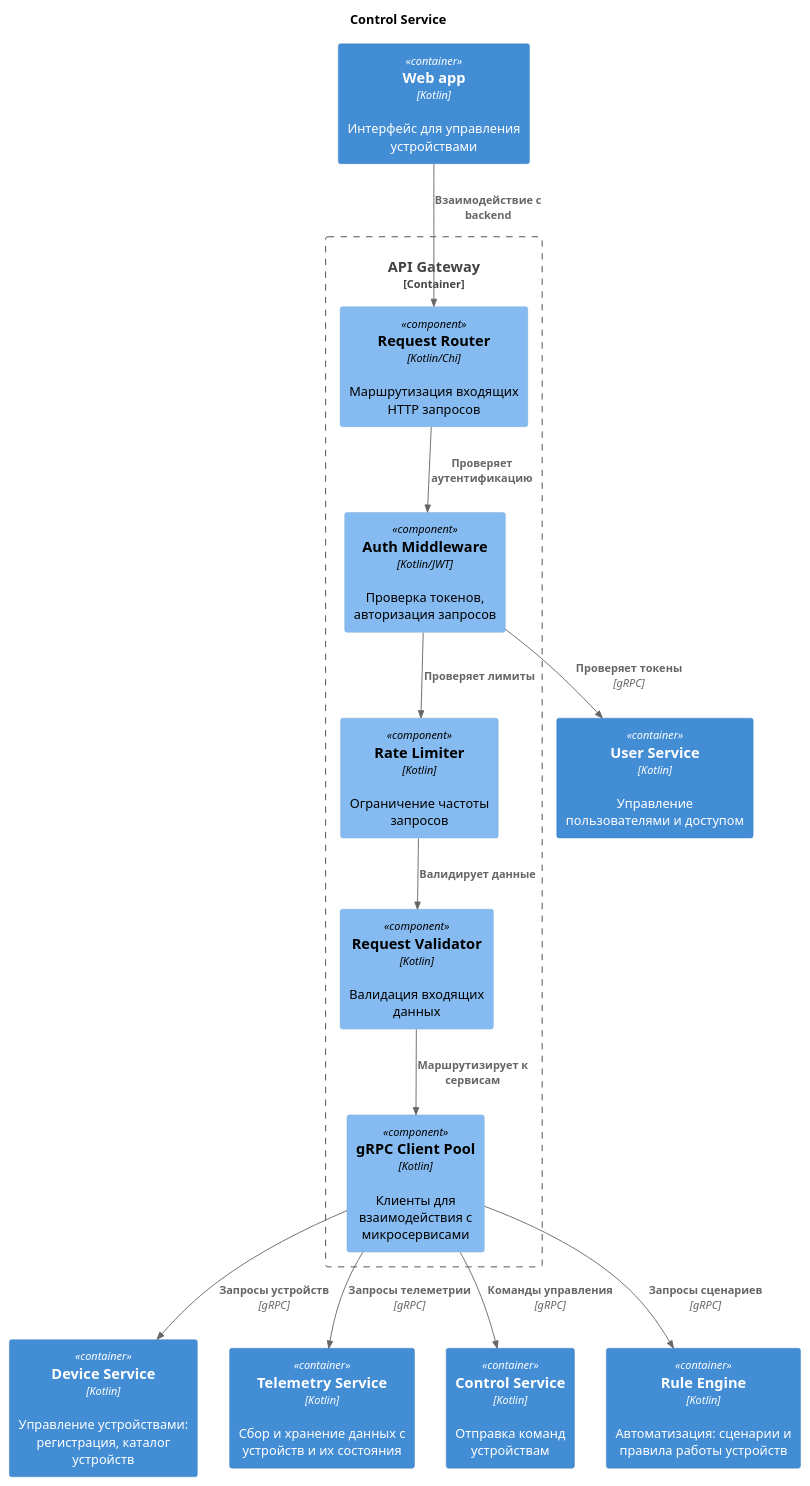
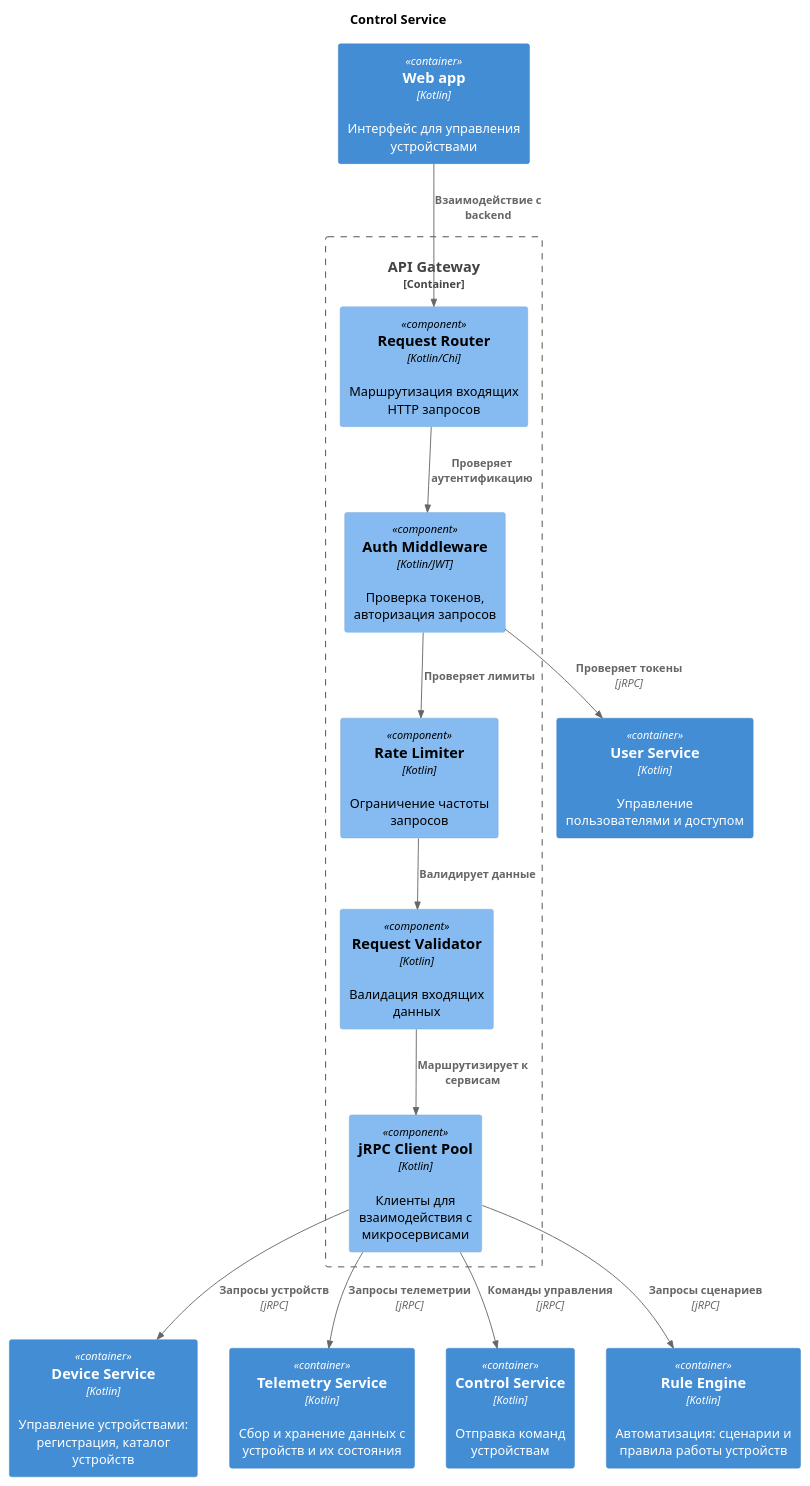
The diagram in uml/components/ToBeComponentsLairApiGateway.puml (svNikitij/architecture-warmhouse-docs), drawn with PlantUML before and after one commit. The commit also changed 8 other files, not shown here.

```diff
--- a/uml/components/ToBeComponentsLairApiGateway.puml
+++ b/uml/components/ToBeComponentsLairApiGateway.puml
@@ -1,35 +1,35 @@
 @startuml
 title Control Service
 
 !includeurl https://raw.githubusercontent.com/RicardoNiepel/C4-PlantUML/master/C4_Component.puml
 
 Container(web_app, "Web app", "Kotlin", "Интерфейс для управления устройствами")
 Container(user_service, "User Service", "Kotlin", "Маршрутизация запросов")
 Container(device_service, "Device Service", "Kotlin", "Управление устройствами: регистрация, каталог устройств")
 Container(telemetry_service, "Telemetry Service", "Kotlin", "Сбор и хранение данных с устройств и их состояния")
 Container(control_service, "Control Service", "Kotlin", "Отправка команд устройствам")
 Container(rule_service, "Rule Engine", "Kotlin", "Автоматизация: сценарии и правила работы устройств")
 Container(user_service, "User Service", "Kotlin", "Управление пользователями и доступом")
 
 Container_Boundary(api_gateway_boundary, "API Gateway") {
     Component(gateway_router, "Request Router", "Kotlin/Chi", "Маршрутизация входящих HTTP запросов")
     Component(gateway_auth_middleware, "Auth Middleware", "Kotlin/JWT", "Проверка токенов, авторизация запросов")
     Component(gateway_rate_limiter, "Rate Limiter", "Kotlin", "Ограничение частоты запросов")
     Component(gateway_request_validator, "Request Validator", "Kotlin", "Валидация входящих данных")
-    Component(gateway_grpc_client, "gRPC Client Pool", "Kotlin", "Клиенты для взаимодействия с микросервисами")
+    Component(gateway_jRPC_client, "jRPC Client Pool", "Kotlin", "Клиенты для взаимодействия с микросервисами")
 }
 
 Rel(gateway_router, gateway_auth_middleware, "Проверяет аутентификацию")
 Rel(gateway_auth_middleware, gateway_rate_limiter, "Проверяет лимиты")
 Rel(gateway_rate_limiter, gateway_request_validator, "Валидирует данные")
-Rel(gateway_request_validator, gateway_grpc_client, "Маршрутизирует к сервисам")
+Rel(gateway_request_validator, gateway_jRPC_client, "Маршрутизирует к сервисам")
 
 Rel(web_app, gateway_router, "Взаимодействие с backend")
 
-Rel(gateway_auth_middleware, user_service, "Проверяет токены", "gRPC")
-Rel(gateway_grpc_client, device_service, "Запросы устройств", "gRPC")
-Rel(gateway_grpc_client, telemetry_service, "Запросы телеметрии", "gRPC")
-Rel(gateway_grpc_client, control_service, "Команды управления", "gRPC")
-Rel(gateway_grpc_client, rule_service, "Запросы сценариев", "gRPC")
+Rel(gateway_auth_middleware, user_service, "Проверяет токены", "jRPC")
+Rel(gateway_jRPC_client, device_service, "Запросы устройств", "jRPC")
+Rel(gateway_jRPC_client, telemetry_service, "Запросы телеметрии", "jRPC")
+Rel(gateway_jRPC_client, control_service, "Команды управления", "jRPC")
+Rel(gateway_jRPC_client, rule_service, "Запросы сценариев", "jRPC")
 
 @enduml
```
